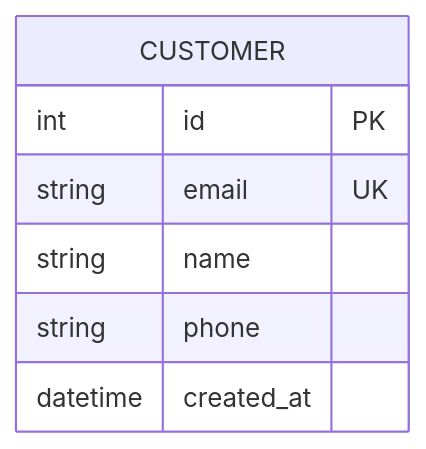
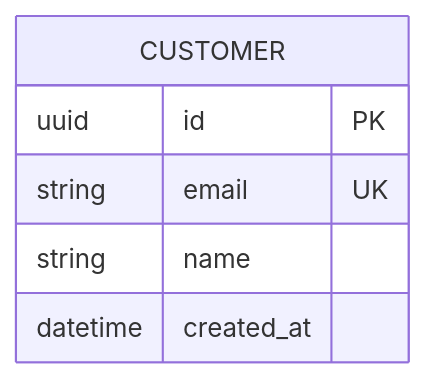
Before and after one commit to basidiocarp/lamella: the second of 4 diagrams in resources/skills/tools/mermaid-diagrams/references/erd-diagrams.md, drawn with Mermaid. The commit also changed other lines of this file and 1251 other files, not shown here.

````diff
--- a/resources/skills/tools/mermaid-diagrams/references/erd-diagrams.md
+++ b/resources/skills/tools/mermaid-diagrams/references/erd-diagrams.md
@@ -25,10 +16,9 @@
 ```mermaid
 erDiagram
     CUSTOMER {
-        int id PK
+        uuid id PK
         string email UK
         string name
-        string phone
         datetime created_at
     }
 ```
````
